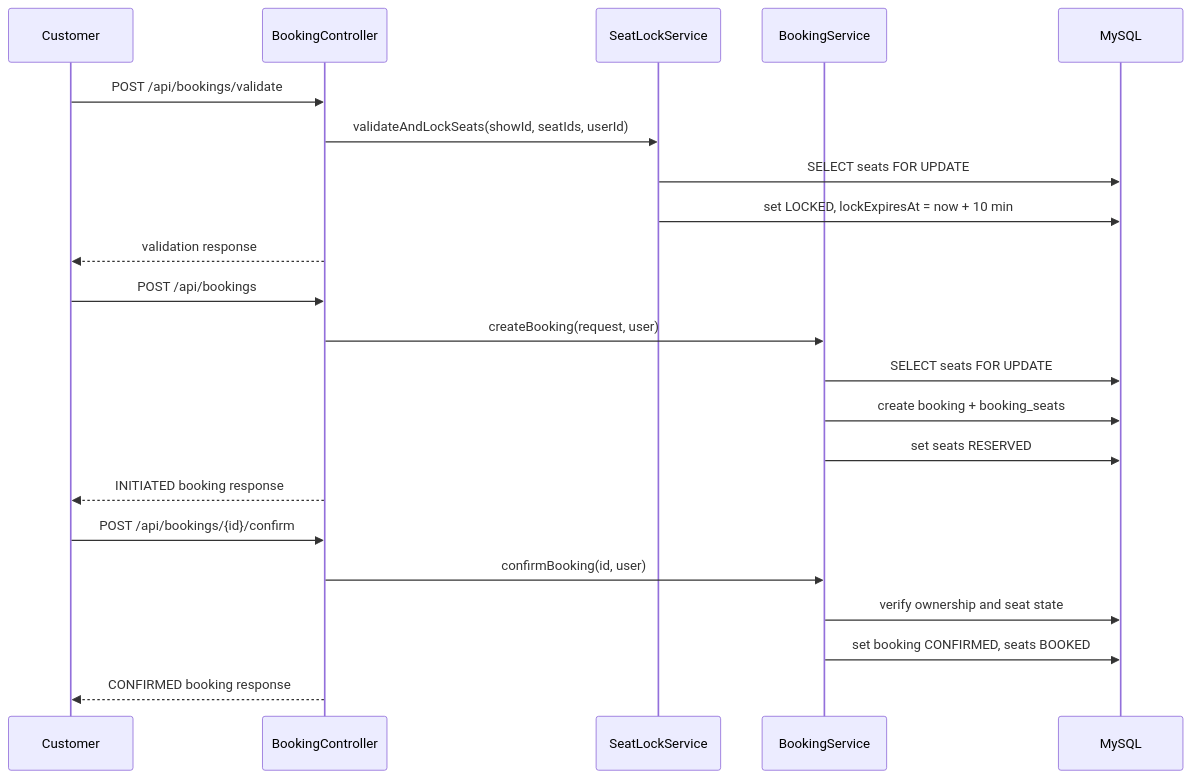
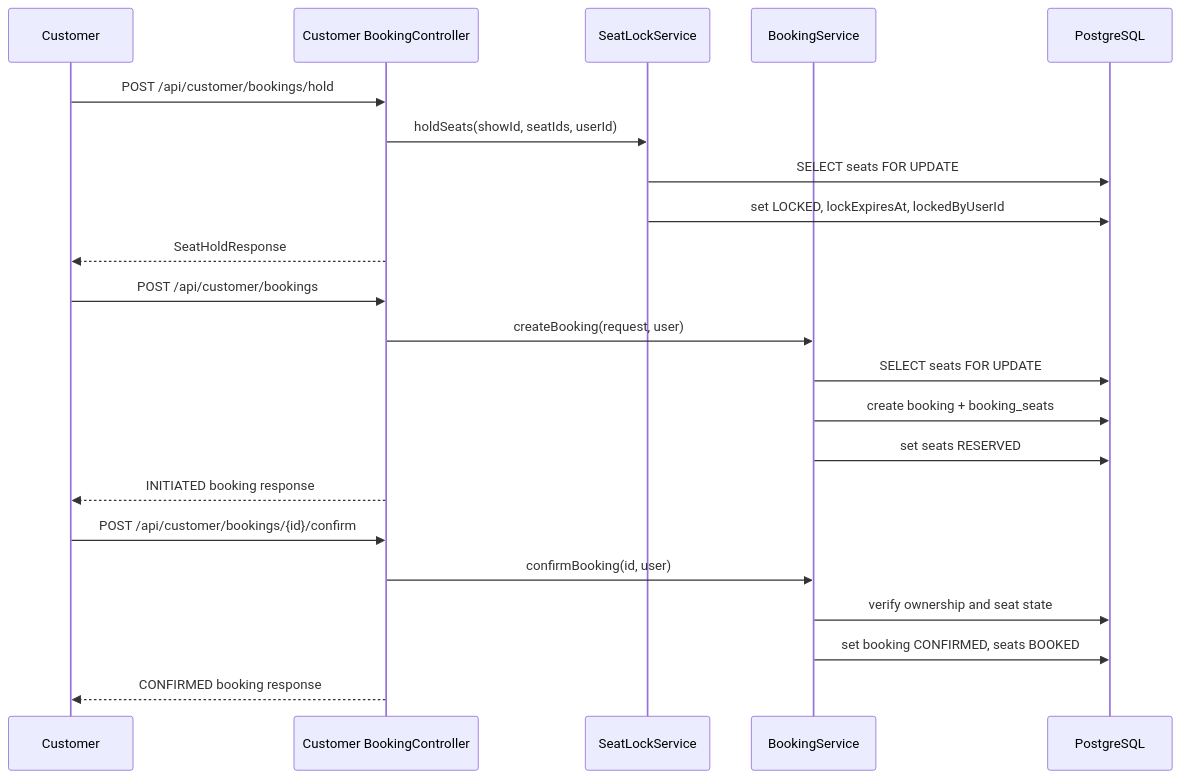
Before and after one commit to yuneshbyte01/hamro-chalchitraghar-backend: the second of 3 diagrams in docs/TRD.md, drawn with Mermaid. The commit also changed other lines of this file and 12 other files, not shown here.

````diff
--- a/docs/TRD.md
+++ b/docs/TRD.md
@@ -64,27 +80,27 @@
 ```mermaid
 sequenceDiagram
     participant C as Customer
-    participant API as BookingController
+    participant API as Customer BookingController
     participant Lock as SeatLockService
     participant Booking as BookingService
-    participant DB as MySQL
+    participant DB as PostgreSQL
 
-    C->>API: POST /api/bookings/validate
-    API->>Lock: validateAndLockSeats(showId, seatIds, userId)
+    C->>API: POST /api/customer/bookings/hold
+    API->>Lock: holdSeats(showId, seatIds, userId)
     Lock->>DB: SELECT seats FOR UPDATE
-    Lock->>DB: set LOCKED, lockExpiresAt = now + 10 min
-    API-->>C: validation response
+    Lock->>DB: set LOCKED, lockExpiresAt, lockedByUserId
+    API-->>C: SeatHoldResponse
 
-    C->>API: POST /api/bookings
+    C->>API: POST /api/customer/bookings
     API->>Booking: createBooking(request, user)
     Booking->>DB: SELECT seats FOR UPDATE
     Booking->>DB: create booking + booking_seats
     Booking->>DB: set seats RESERVED
     API-->>C: INITIATED booking response
 
-    C->>API: POST /api/bookings/{id}/confirm
+    C->>API: POST /api/customer/bookings/{id}/confirm
     API->>Booking: confirmBooking(id, user)
     Booking->>DB: verify ownership and seat state
     Booking->>DB: set booking CONFIRMED, seats BOOKED
     API-->>C: CONFIRMED booking response
 ```
````
